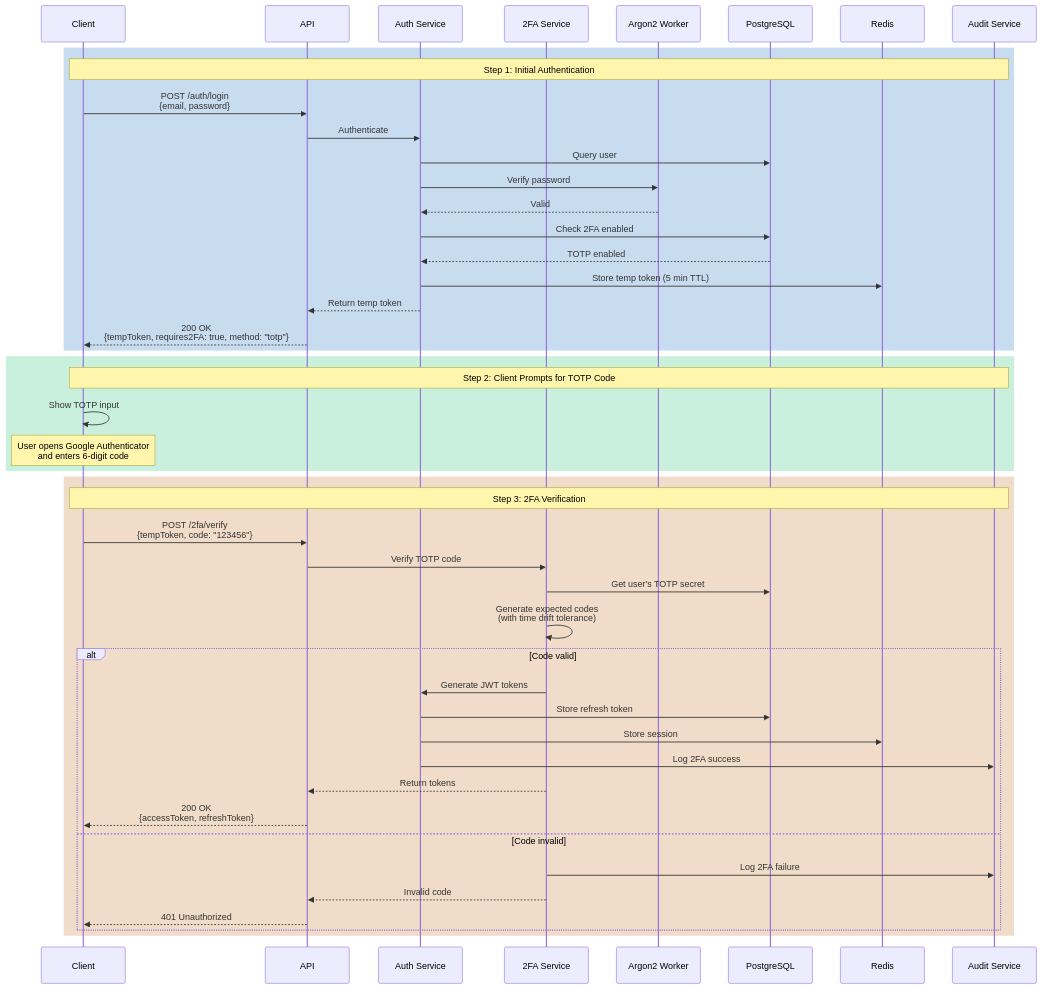
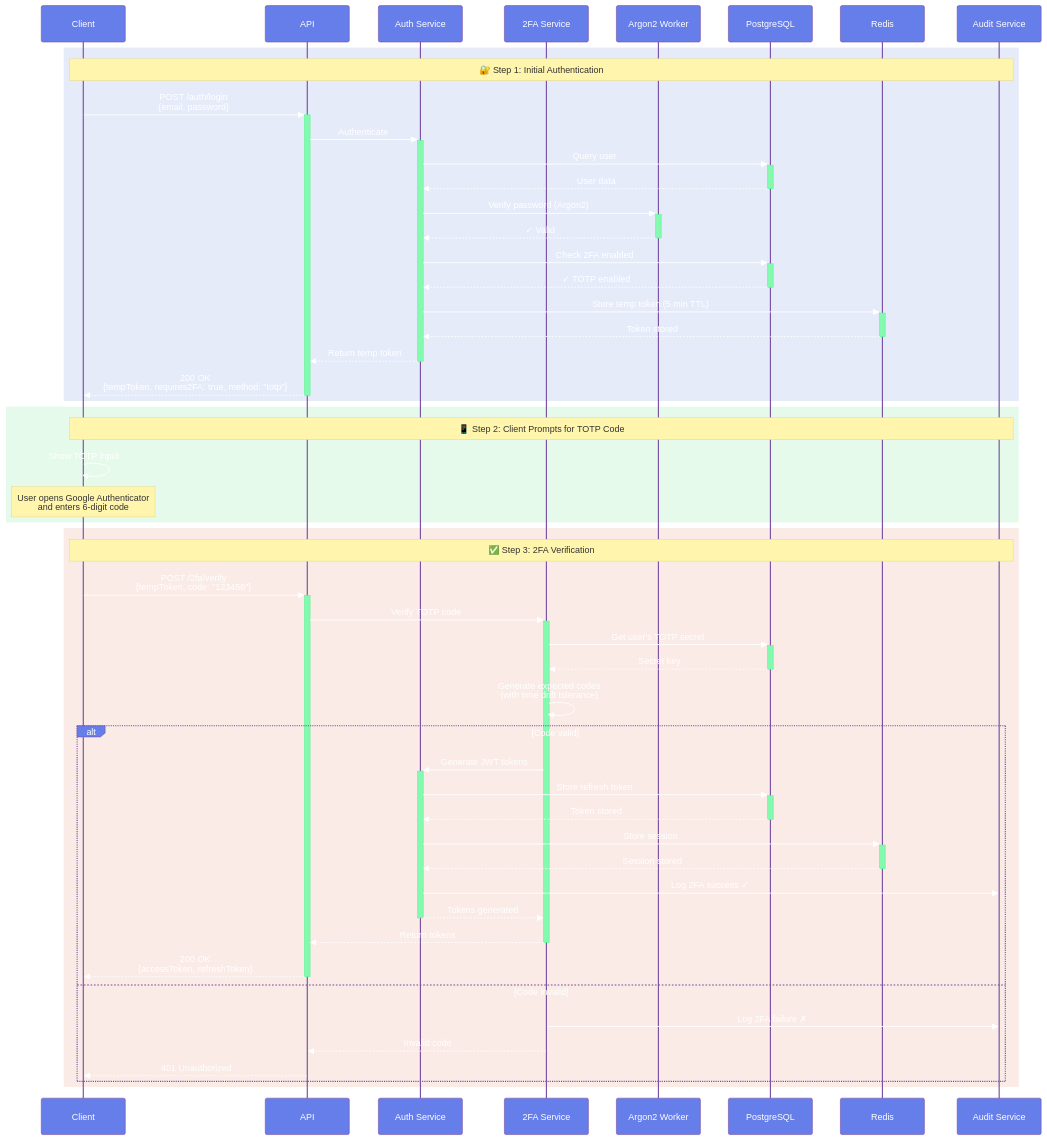
Before and after one commit to Ilia01/Aegis2FA: the third of 9 diagrams in docs/architecture/authentication-flow.md, drawn with Mermaid. The commit also changed 5 other files, not shown here.

````diff
--- a/docs/architecture/authentication-flow.md
+++ b/docs/architecture/authentication-flow.md
@@ -106,54 +106,61 @@
 ```mermaid
+%%{init: {'theme':'base', 'themeVariables': { 'primaryColor':'#667eea','primaryTextColor':'#fff','primaryBorderColor':'#764ba2','lineColor':'#764ba2','secondaryColor':'#84fab0','tertiaryColor':'#fa709a'}}}%%
 sequenceDiagram
     participant Client
     participant API
     participant AuthSvc as Auth Service
     participant TFASvc as 2FA Service
     participant Worker as Argon2 Worker
     participant DB as PostgreSQL
     participant Redis
     participant Audit as Audit Service
 
-    rect rgb(200, 220, 240)
-    Note over Client,Audit: Step 1: Initial Authentication
-    Client->>API: POST /auth/login<br/>{email, password}
-    API->>AuthSvc: Authenticate
-    AuthSvc->>DB: Query user
-    AuthSvc->>Worker: Verify password
-    Worker-->>AuthSvc: Valid
+    rect rgb(230, 235, 250)
+    Note over Client,Audit: 🔐 Step 1: Initial Authentication
+    Client->>+API: POST /auth/login<br/>{email, password}
+    API->>+AuthSvc: Authenticate
+    AuthSvc->>+DB: Query user
+    DB-->>-AuthSvc: User data
+    AuthSvc->>+Worker: Verify password (Argon2)
+    Worker-->>-AuthSvc: ✓ Valid
 
-    AuthSvc->>DB: Check 2FA enabled
-    DB-->>AuthSvc: TOTP enabled
+    AuthSvc->>+DB: Check 2FA enabled
+    DB-->>-AuthSvc: ✓ TOTP enabled
 
-    AuthSvc->>Redis: Store temp token (5 min TTL)
-    AuthSvc-->>API: Return temp token
-    API-->>Client: 200 OK<br/>{tempToken, requires2FA: true, method: "totp"}
+    AuthSvc->>+Redis: Store temp token (5 min TTL)
+    Redis-->>-AuthSvc: Token stored
+    AuthSvc-->>-API: Return temp token
+    API-->>-Client: 200 OK<br/>{tempToken, requires2FA: true, method: "totp"}
     end
 
-    rect rgb(200, 240, 220)
-    Note over Client,Audit: Step 2: Client Prompts for TOTP Code
+    rect rgb(230, 250, 235)
+    Note over Client,Audit: 📱 Step 2: Client Prompts for TOTP Code
     Client->>Client: Show TOTP input
     Note over Client: User opens Google Authenticator<br/>and enters 6-digit code
     end
 
-    rect rgb(240, 220, 200)
-    Note over Client,Audit: Step 3: 2FA Verification
-    Client->>API: POST /2fa/verify<br/>{tempToken, code: "123456"}
-    API->>TFASvc: Verify TOTP code
-    TFASvc->>DB: Get user's TOTP secret
+    rect rgb(250, 235, 230)
+    Note over Client,Audit: ✅ Step 3: 2FA Verification
+    Client->>+API: POST /2fa/verify<br/>{tempToken, code: "123456"}
+    API->>+TFASvc: Verify TOTP code
+    TFASvc->>+DB: Get user's TOTP secret
+    DB-->>-TFASvc: Secret key
     TFASvc->>TFASvc: Generate expected codes<br/>(with time drift tolerance)
 
     alt Code valid
-        TFASvc->>AuthSvc: Generate JWT tokens
-        AuthSvc->>DB: Store refresh token
-        AuthSvc->>Redis: Store session
-        AuthSvc->>Audit: Log 2FA success
-        TFASvc-->>API: Return tokens
-        API-->>Client: 200 OK<br/>{accessToken, refreshToken}
+        TFASvc->>+AuthSvc: Generate JWT tokens
+        AuthSvc->>+DB: Store refresh token
+        DB-->>-AuthSvc: Token stored
+        AuthSvc->>+Redis: Store session
+        Redis-->>-AuthSvc: Session stored
+        AuthSvc->>Audit: Log 2FA success ✓
+        AuthSvc-->>-TFASvc: Tokens generated
+        TFASvc-->>-API: Return tokens
+        API-->>-Client: 200 OK<br/>{accessToken, refreshToken}
     else Code invalid
-        TFASvc->>Audit: Log 2FA failure
+        TFASvc->>Audit: Log 2FA failure ✗
         TFASvc-->>API: Invalid code
         API-->>Client: 401 Unauthorized
     end
     end
 ```
````
